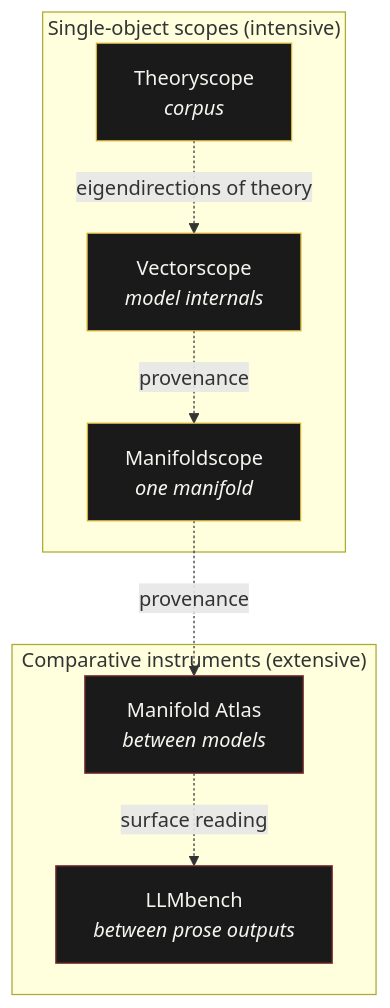
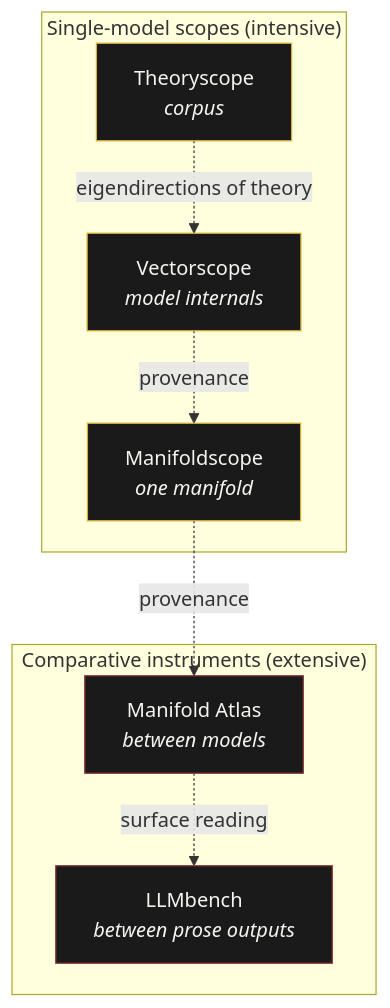
One commit to vector-lab-tools/.github changed the diagram in profile/README.md. Above: the diagram before and after it, drawn with Mermaid. The commit also changed other lines of this file, not shown here.

Commit message:
Rename Single-object scopes to Single-model scopes

````diff
--- a/profile/README.md
+++ b/profile/README.md
@@ -46,23 +46,23 @@
 ```mermaid
 graph TB
-  subgraph scopes["Single-object scopes (intensive)"]
+  subgraph scopes["Single-model scopes (intensive)"]
     T[Theoryscope<br/><i>corpus</i>]
     V[Vectorscope<br/><i>model internals</i>]
     M[Manifoldscope<br/><i>one manifold</i>]
   end
 
   subgraph comparative["Comparative instruments (extensive)"]
     A[Manifold Atlas<br/><i>between models</i>]
     L[LLMbench<br/><i>between prose outputs</i>]
   end
 
   V -.provenance.-> M
   M -.provenance.-> A
   A -.surface reading.-> L
   T -.eigendirections of theory.-> V
 
   classDef scope fill:#1a1a1a,stroke:#d4af37,color:#f5f5f0,stroke-width:1px;
   classDef comp fill:#1a1a1a,stroke:#8b3a3a,color:#f5f5f0,stroke-width:1px;
   class T,V,M scope;
   class A,L comp;
 ```
````
